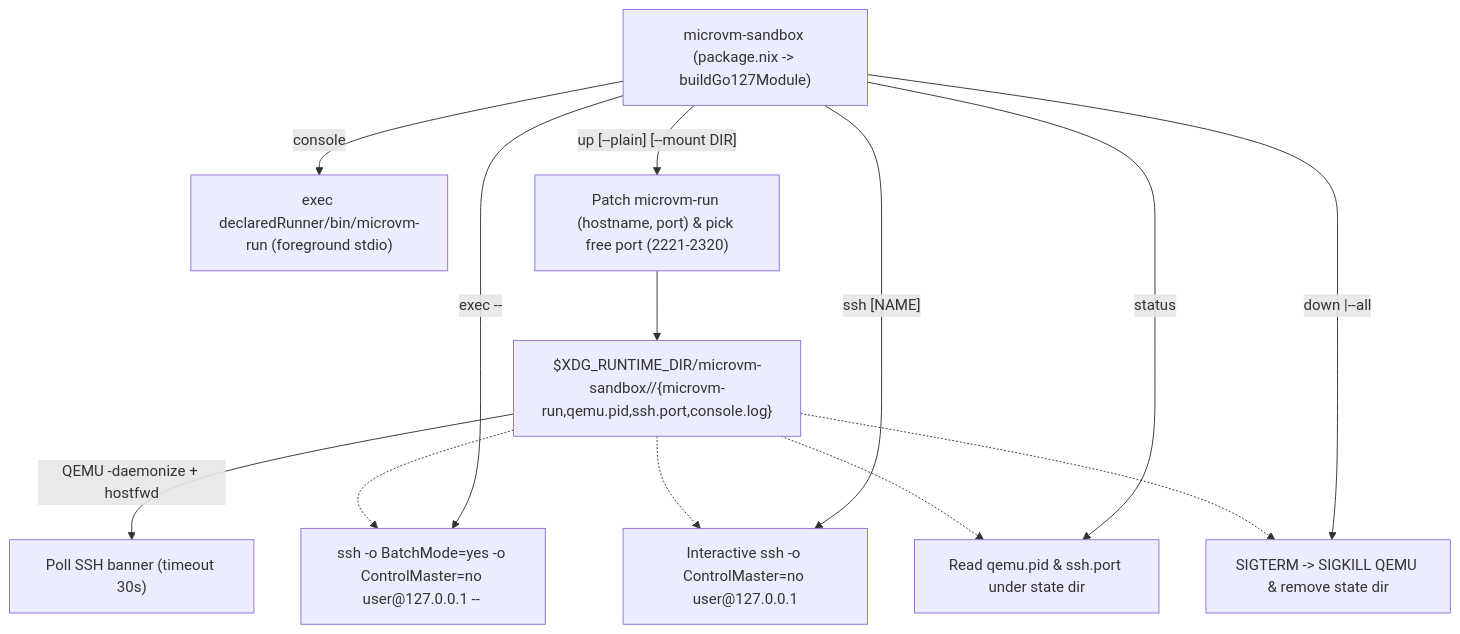
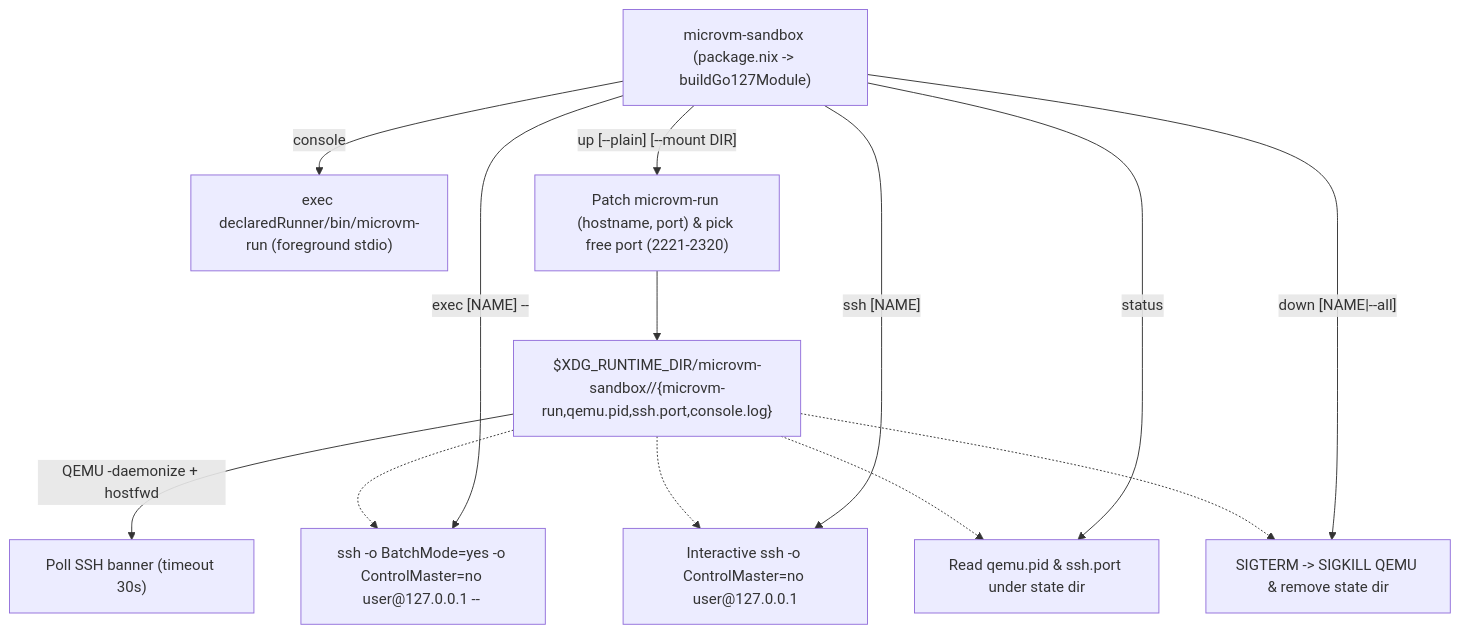
One commit to kachick/dotfiles changed the second of 2 diagrams in nixos/hosts/sandbox/README.md. Above: the diagram before and after it, drawn with Mermaid. The commit also changed other lines of this file and 2 other files, not shown here.

Commit message:
Pick microvm-sandbox exec and down with fzf
After removing the default instance name, running exec or down without
a target failed instead of offering the interactive picker like ssh.

Share the fzf selector across ssh, exec, and down so every command
targeting an existing instance works the same way.

````diff
--- a/nixos/hosts/sandbox/README.md
+++ b/nixos/hosts/sandbox/README.md
@@ -63,20 +65,20 @@
 ```mermaid
 flowchart TD
     cli["microvm-sandbox (package.nix -> buildGo127Module)"]
 
     cli -->|"console"| fg["exec declaredRunner/bin/microvm-run (foreground stdio)"]
 
     cli -->|"up [--plain] [--mount DIR] <NAME>"| up["Patch microvm-run (hostname, port) & pick free port (2221-2320)"]
     up --> state["$XDG_RUNTIME_DIR/microvm-sandbox/<NAME>/{microvm-run,qemu.pid,ssh.port,console.log}"]
     state -->|"QEMU -daemonize + hostfwd"| wait["Poll SSH banner (timeout 30s)"]
 
-    cli -->|"exec <NAME> -- <CMD>"| exec_cmd["ssh -o BatchMode=yes -o ControlMaster=no user@127.0.0.1 -- <CMD>"]
+    cli -->|"exec [NAME] -- <CMD>"| exec_cmd["ssh -o BatchMode=yes -o ControlMaster=no user@127.0.0.1 -- <CMD>"]
     cli -->|"ssh [NAME]"| ssh_cmd["Interactive ssh -o ControlMaster=no user@127.0.0.1"]
     cli -->|"status"| status_cmd["Read qemu.pid & ssh.port under state dir"]
-    cli -->|"down <NAME>|--all"| down_cmd["SIGTERM -> SIGKILL QEMU & remove state dir"]
+    cli -->|"down [NAME|--all]"| down_cmd["SIGTERM -> SIGKILL QEMU & remove state dir"]
 
     state -.-> exec_cmd
     state -.-> ssh_cmd
     state -.-> status_cmd
     state -.-> down_cmd
 ```
````
